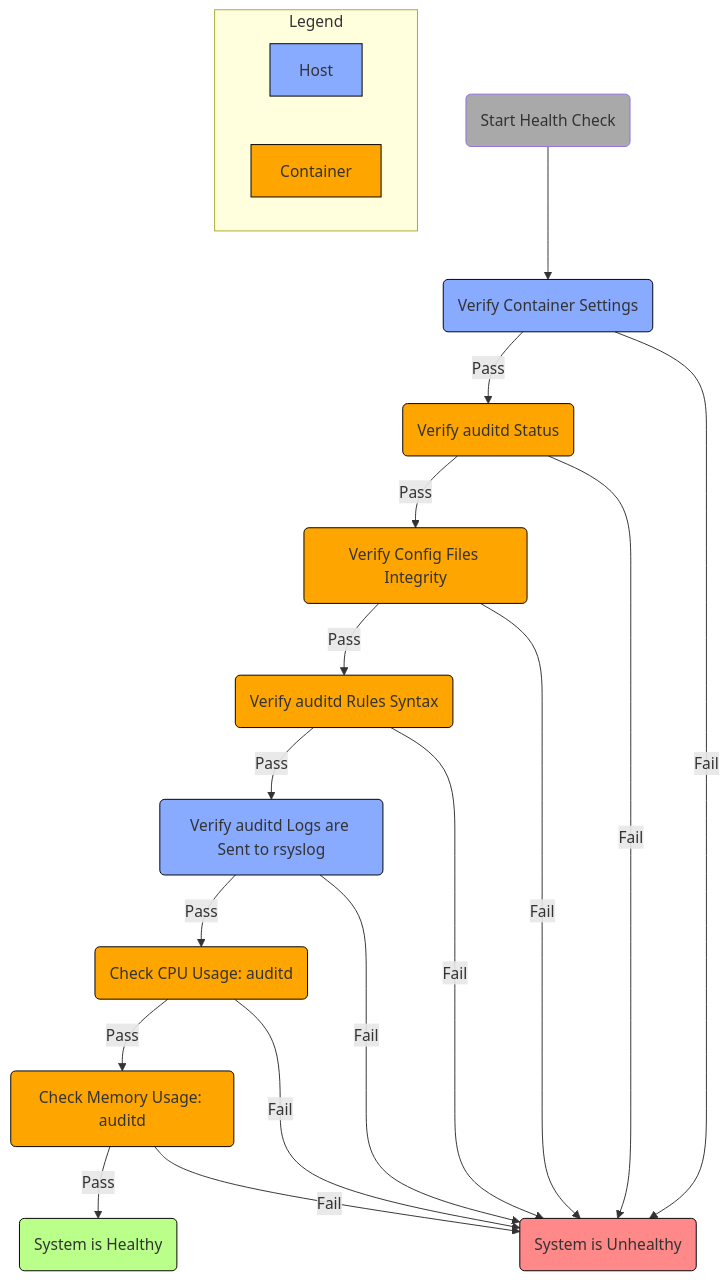
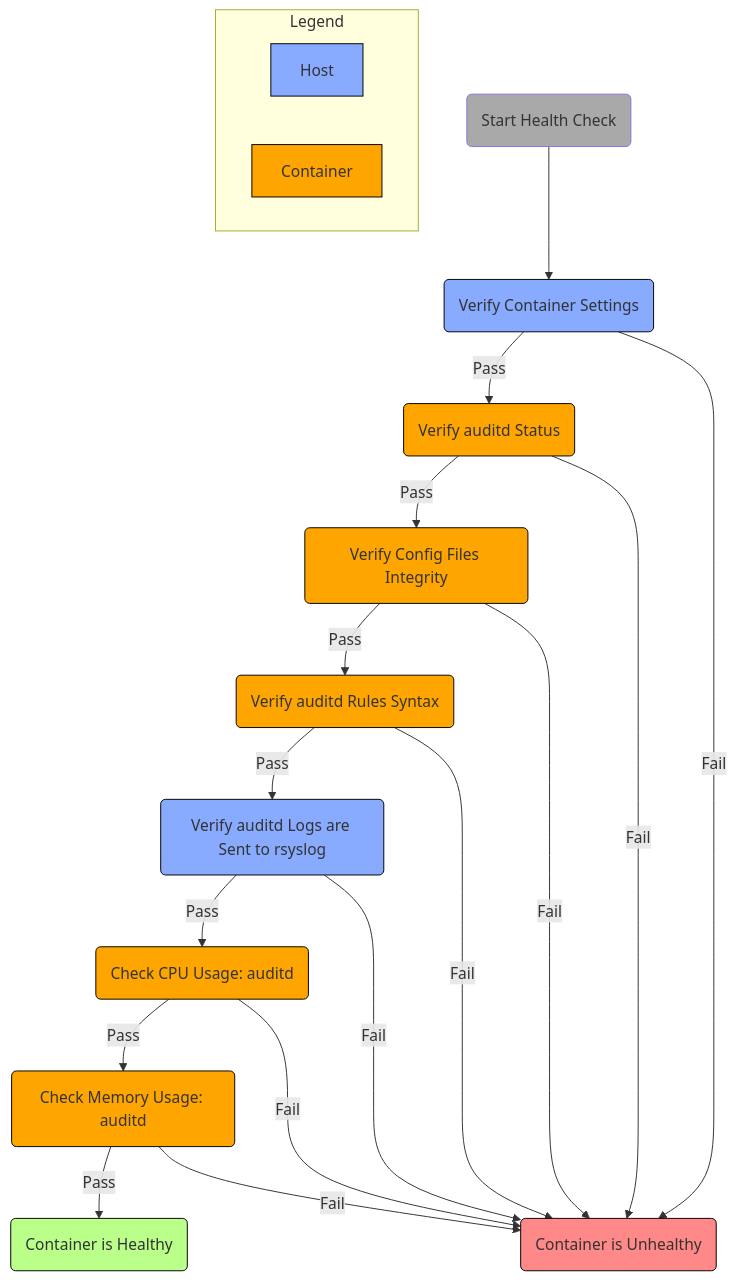
Before and after one commit to maipbui/mermaid: the diagram in auditd_wd.md, drawn with Mermaid.

````diff
--- a/auditd_wd.md
+++ b/auditd_wd.md
@@ -1,47 +1,47 @@
 ```mermaid
 flowchart
     id_health(Start Health Check)
     style id_health fill:#A9A9A9
     id_container(Verify Container Settings)
     style id_container fill:#8AF,stroke:#000
     id_process(Verify auditd Status)
     style id_process fill:#FFA500,stroke:#000
     id_conf(Verify Config Files Integrity)
     style id_conf fill:#FFA500,stroke:#000
     id_syntax(Verify auditd Rules Syntax)
     style id_syntax fill:#FFA500,stroke:#000
     id_logs(Verify auditd Logs are Sent to rsyslog)
     style id_logs fill:#8AF,stroke:#000
     id_cpu(Check CPU Usage: auditd)
     style id_cpu fill:#FFA500,stroke:#000
     id_mem(Check Memory Usage: auditd)
     style id_mem fill:#FFA500,stroke:#000
-    id_healthy(System is Healthy)
+    id_healthy(Container is Healthy)
     style id_healthy fill:#b9ff8a,stroke:#000
-    id_not_healthy(System is Unhealthy)
+    id_not_healthy(Container is Unhealthy)
     style id_not_healthy fill:#F88,stroke:#000
 
     id_health --> id_container
     id_container -->|Pass| id_process
     id_container -->|Fail| id_not_healthy
     id_process -->|Pass| id_conf
     id_process -->|Fail| id_not_healthy
     id_conf -->|Pass| id_syntax
     id_conf -->|Fail| id_not_healthy
     id_syntax -->|Pass| id_logs
     id_syntax -->|Fail| id_not_healthy
     id_logs -->|Pass| id_cpu
     id_logs -->|Fail| id_not_healthy
     id_cpu -->|Pass| id_mem
     id_cpu -->|Fail| id_not_healthy
     id_mem -->|Pass| id_healthy
     id_mem -->|Fail| id_not_healthy
 
     subgraph Legend
         direction LR
         A[Host]
         style A fill:#8AF,stroke:#000
         C[Container]
         style C fill:#FFA500,stroke:#000
     end
 ```
````
